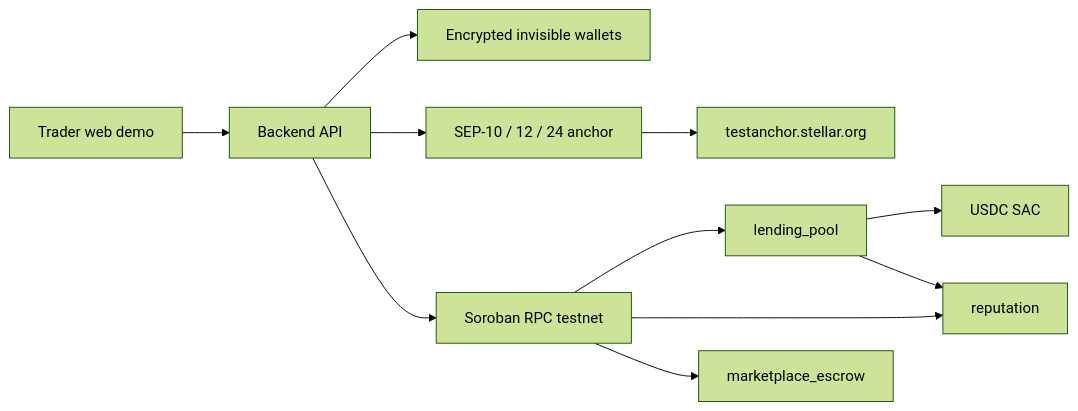
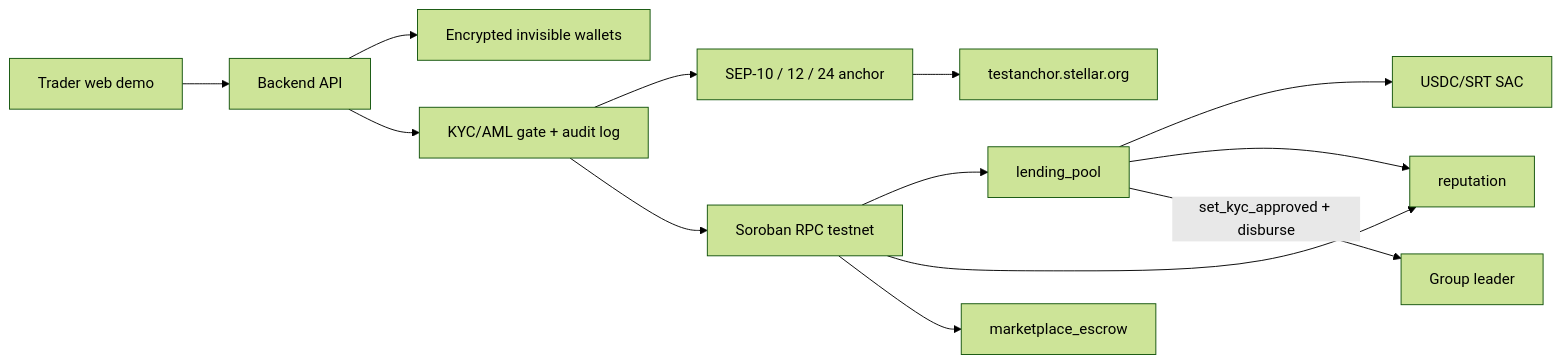
Before and after one commit to zao-moneydev/zao: the diagram in README.md, drawn with Mermaid (forest theme). The commit also changed other lines of this file and 36 other files, not shown here.

Commit message:
Add KYC/AML gate demo with live testnet blocked and allowed disbursement.

````diff
--- a/README.md
+++ b/README.md
@@ -93,13 +94,15 @@
 ```mermaid
 flowchart LR
   Trader[Trader web demo] --> API[Backend API]
   API --> Wallets[Encrypted invisible wallets]
-  API --> Anchor[SEP-10 / 12 / 24 anchor]
-  API --> RPC[Soroban RPC testnet]
+  API --> Gate[KYC/AML gate + audit log]
+  Gate --> Anchor[SEP-10 / 12 / 24 anchor]
+  Gate --> RPC[Soroban RPC testnet]
   RPC --> Pool[lending_pool]
   RPC --> Rep[reputation]
   RPC --> Escrow[marketplace_escrow]
-  Pool --> USDC[USDC SAC]
+  Pool --> USDC[USDC/SRT SAC]
   Pool --> Rep
   Anchor --> TestAnchor[testanchor.stellar.org]
+  Pool -->|set_kyc_approved + disburse| Leader[Group leader]
 ```
````
